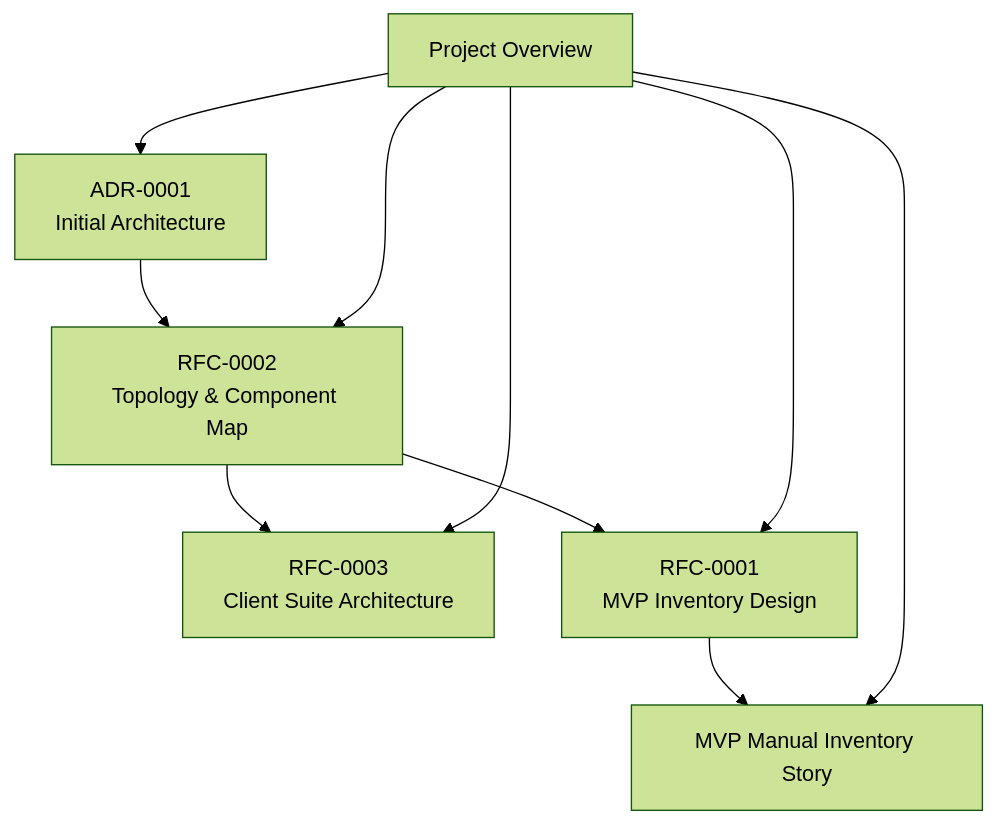
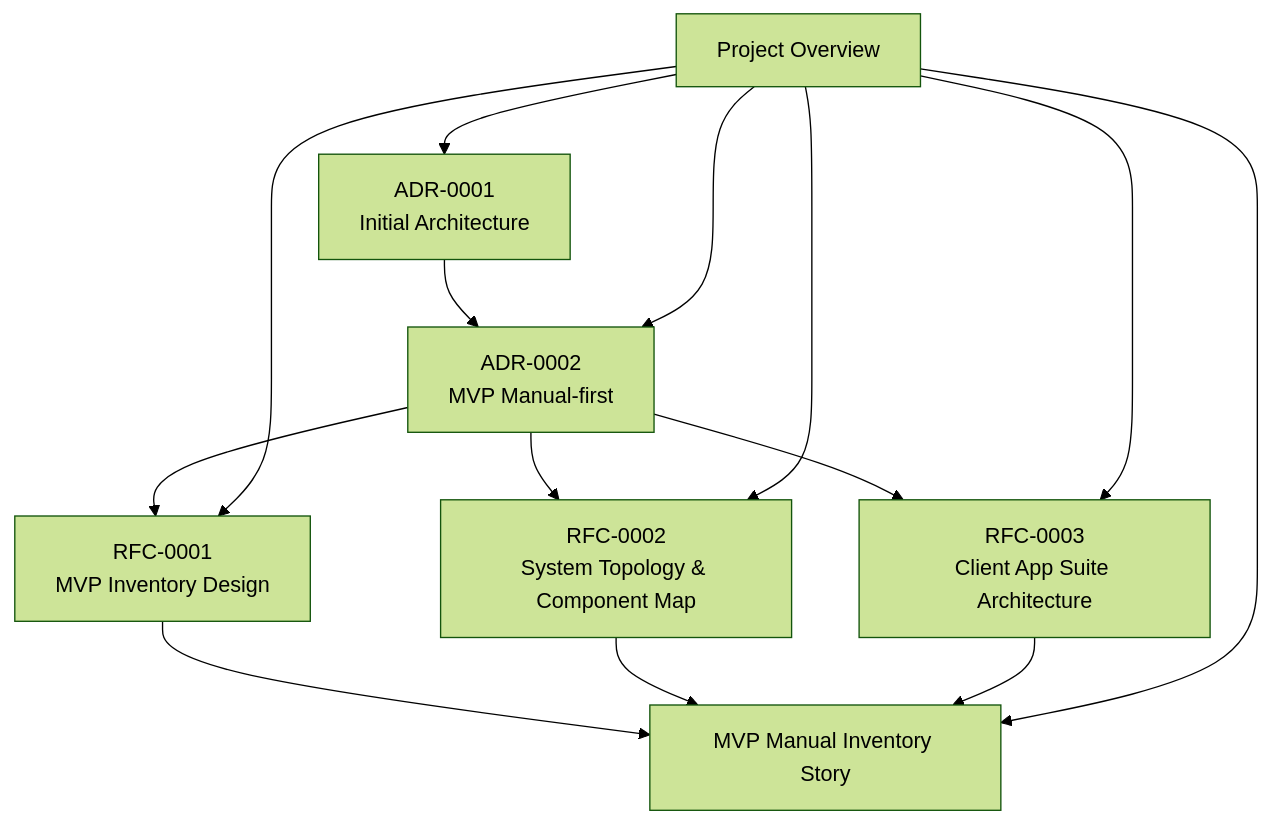
One commit to asukhodko/timeskein changed the first of 7 diagrams in .qoder/repowiki/en/content/Architecture Decision Records.md. Above: the diagram before and after it, drawn with Mermaid (forest theme). The commit also changed other lines of this file and 8 other files, not shown here.

First line of the commit message:
docs(architecture): adopt manual-first philosophy as core architectural foundation

````diff
--- a/.qoder/repowiki/en/content/Architecture Decision Records.md
+++ b/.qoder/repowiki/en/content/Architecture Decision Records.md
@@ -42,12 +51,16 @@
 ```mermaid
 graph TB
-ADR["ADR-0001<br/>Initial Architecture"] --> RFC2["RFC-0002<br/>Topology & Component Map"]
-RFC2 --> RFC3["RFC-0003<br/>Client Suite Architecture"]
-RFC2 --> RFC1["RFC-0001<br/>MVP Inventory Design"]
+ADR1["ADR-0001<br/>Initial Architecture"] --> ADR2["ADR-0002<br/>MVP Manual-first"]
+ADR2 --> RFC1["RFC-0001<br/>MVP Inventory Design"]
+ADR2 --> RFC2["RFC-0002<br/>System Topology & Component Map"]
+ADR2 --> RFC3["RFC-0003<br/>Client App Suite Architecture"]
 RFC1 --> MVP["MVP Manual Inventory Story"]
-Overview["Project Overview"] --> ADR
+RFC2 --> MVP
+RFC3 --> MVP
+Overview["Project Overview"] --> ADR1
+Overview --> ADR2
+Overview --> RFC1
 Overview --> RFC2
 Overview --> RFC3
-Overview --> RFC1
 Overview --> MVP
 ```
````
